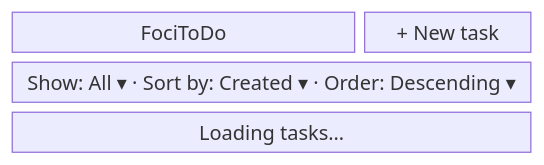
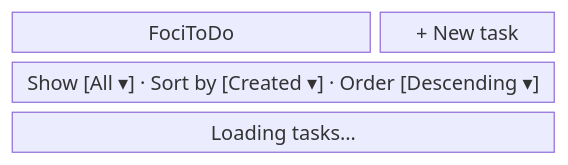
One commit to charlesmalo/FociToDo changed the first of 15 diagrams in docs/ui.md. Above: the diagram before and after it, drawn with Mermaid. The commit also changed other lines of this file and 25 other files, not shown here.

First line of the commit message:
docs(diagrams): match the wireframes and diagrams to the current UI and API

````diff
--- a/docs/ui.md
+++ b/docs/ui.md
@@ -15,7 +15,7 @@
 ```mermaid
 block-beta
   columns 3
   title["FociToDo"]:2 newtask["+ New task"]
-  filters["Show: All ▾ · Sort by: Created ▾ · Order: Descending ▾"]:3
+  filters["Show [All ▾] · Sort by [Created ▾] · Order [Descending ▾]"]:3
   loading["Loading tasks…"]:3
 ```
````
